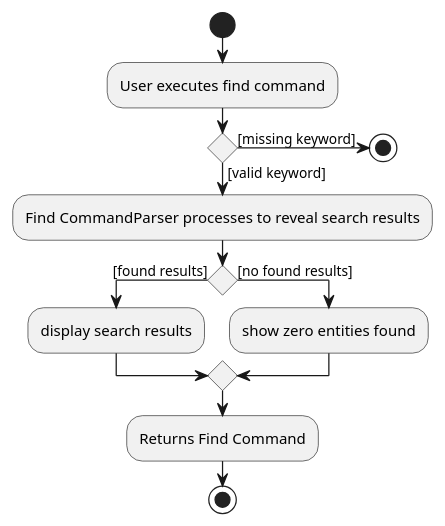
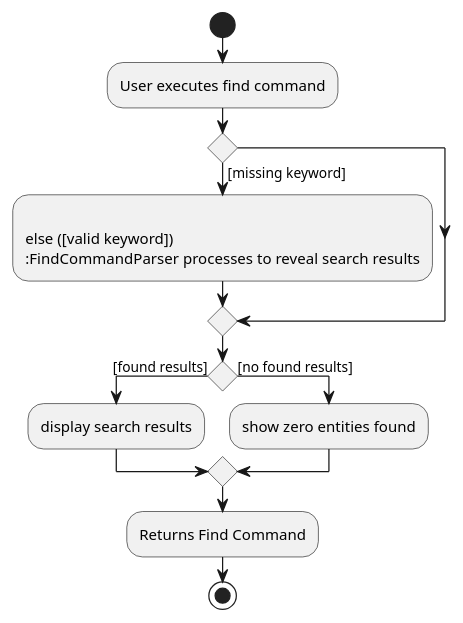
Before and after one commit to nus-cs2103-AY2021S2/tp: the diagram in docs/diagrams/FindActivityDiagram.puml, drawn with PlantUML. The commit also changed 1 other file, not shown here.

Commit message:
Add Schedule Activity Diagram

```diff
--- a/docs/diagrams/FindActivityDiagram.puml
+++ b/docs/diagrams/FindActivityDiagram.puml
@@ -1,22 +1,22 @@
 @startuml
 
 start
 :User executes find command;
 
 if () then ([missing keyword])
-stop
+:
 else ([valid keyword])
-:Find CommandParser processes to reveal search results;
+:FindCommandParser processes to reveal search results;
 endif
 
 if () then ([found results])
 :display search results;
 else ([no found results])
 :show zero entities found;
 endif
 
 :Returns Find Command;
 
 stop
 
 @enduml
```
